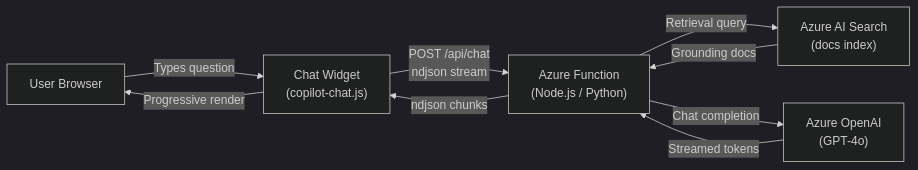
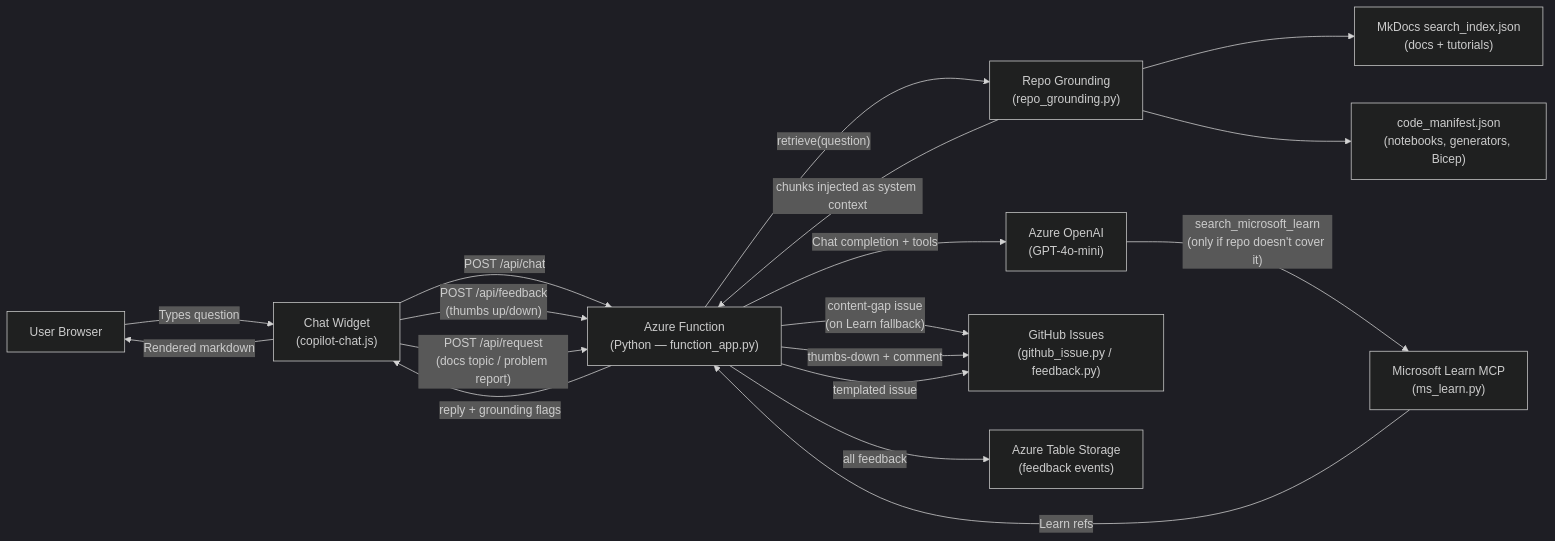
The diagram in docs/chat.md (fgarofalo56/Supercharge_Microsoft_Fabric), drawn with Mermaid (dark theme) before and after one commit. The commit also changed other lines of this file and 12 other files, not shown here.

First line of the commit message:
feat(copilot-chat): repo grounding, ms-docs MCP fallback, feedback loop

````diff
--- a/docs/chat.md
+++ b/docs/chat.md
@@ -25,17 +25,33 @@
 ```mermaid
 flowchart LR
     User["User Browser"]
     Widget["Chat Widget<br/>(copilot-chat.js)"]
-    AzFunc["Azure Function<br/>(Node.js / Python)"]
-    AOAI["Azure OpenAI<br/>(GPT-4o)"]
-    Search["Azure AI Search<br/>(docs index)"]
+    AzFunc["Azure Function<br/>(Python — function_app.py)"]
+    Ground["Repo Grounding<br/>(repo_grounding.py)"]
+    SearchIdx["MkDocs search_index.json<br/>(docs + tutorials)"]
+    Manifest["code_manifest.json<br/>(notebooks, generators, Bicep)"]
+    AOAI["Azure OpenAI<br/>(GPT-4o-mini)"]
+    Learn["Microsoft Learn MCP<br/>(ms_learn.py)"]
+    GH["GitHub Issues<br/>(github_issue.py / feedback.py)"]
+    Table["Azure Table Storage<br/>(feedback events)"]
 
     User -->|"Types question"| Widget
-    Widget -->|"POST /api/chat<br/>ndjson stream"| AzFunc
-    AzFunc -->|"Retrieval query"| Search
-    Search -->|"Grounding docs"| AzFunc
-    AzFunc -->|"Chat completion"| AOAI
-    AOAI -->|"Streamed tokens"| AzFunc
-    AzFunc -->|"ndjson chunks"| Widget
-    Widget -->|"Progressive render"| User
+    Widget -->|"POST /api/chat"| AzFunc
+    AzFunc -->|"retrieve(question)"| Ground
+    Ground --> SearchIdx
+    Ground --> Manifest
+    Ground -->|"chunks injected as system context"| AzFunc
+    AzFunc -->|"Chat completion + tools"| AOAI
+    AOAI -->|"search_microsoft_learn<br/>(only if repo doesn't cover it)"| Learn
+    Learn -->|"Learn refs"| AzFunc
+    AzFunc -->|"content-gap issue<br/>(on Learn fallback)"| GH
+    AzFunc -->|"reply + grounding flags"| Widget
+    Widget -->|"Rendered markdown"| User
+
+    Widget -->|"POST /api/feedback<br/>(thumbs up/down)"| AzFunc
+    AzFunc -->|"all feedback"| Table
+    AzFunc -->|"thumbs-down + comment"| GH
+
+    Widget -->|"POST /api/request<br/>(docs topic / problem report)"| AzFunc
+    AzFunc -->|"templated issue"| GH
 ```
````
